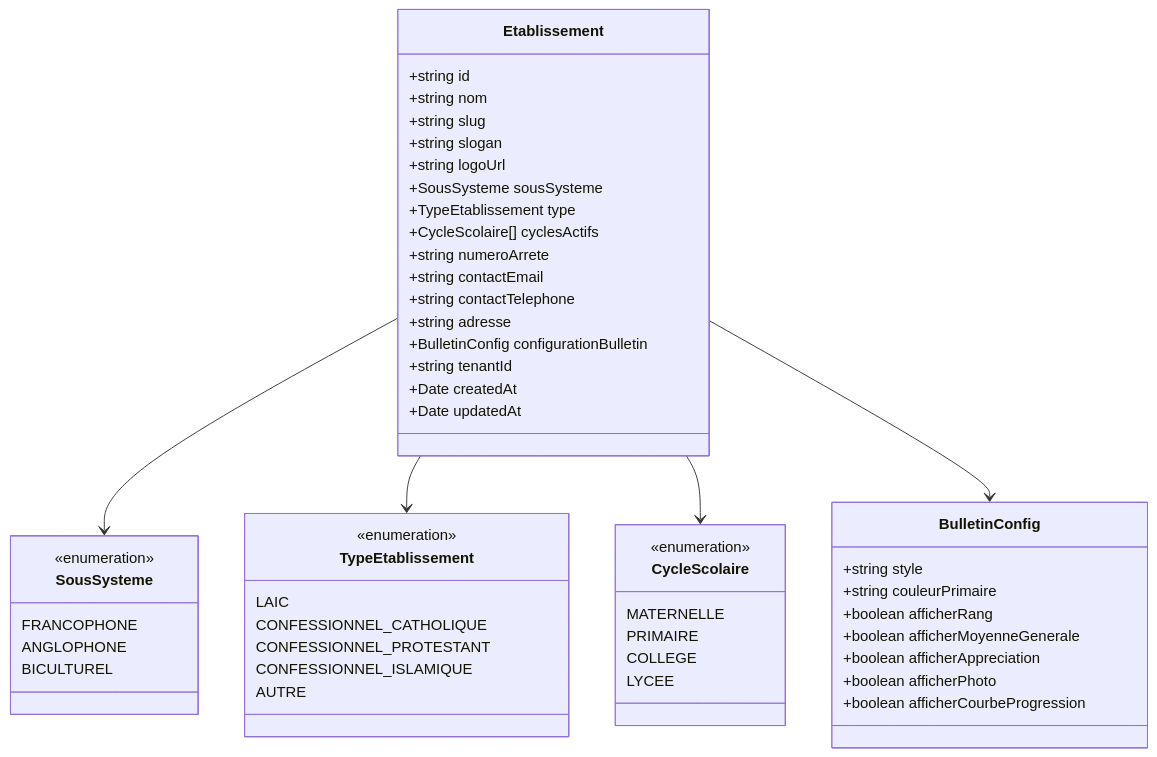
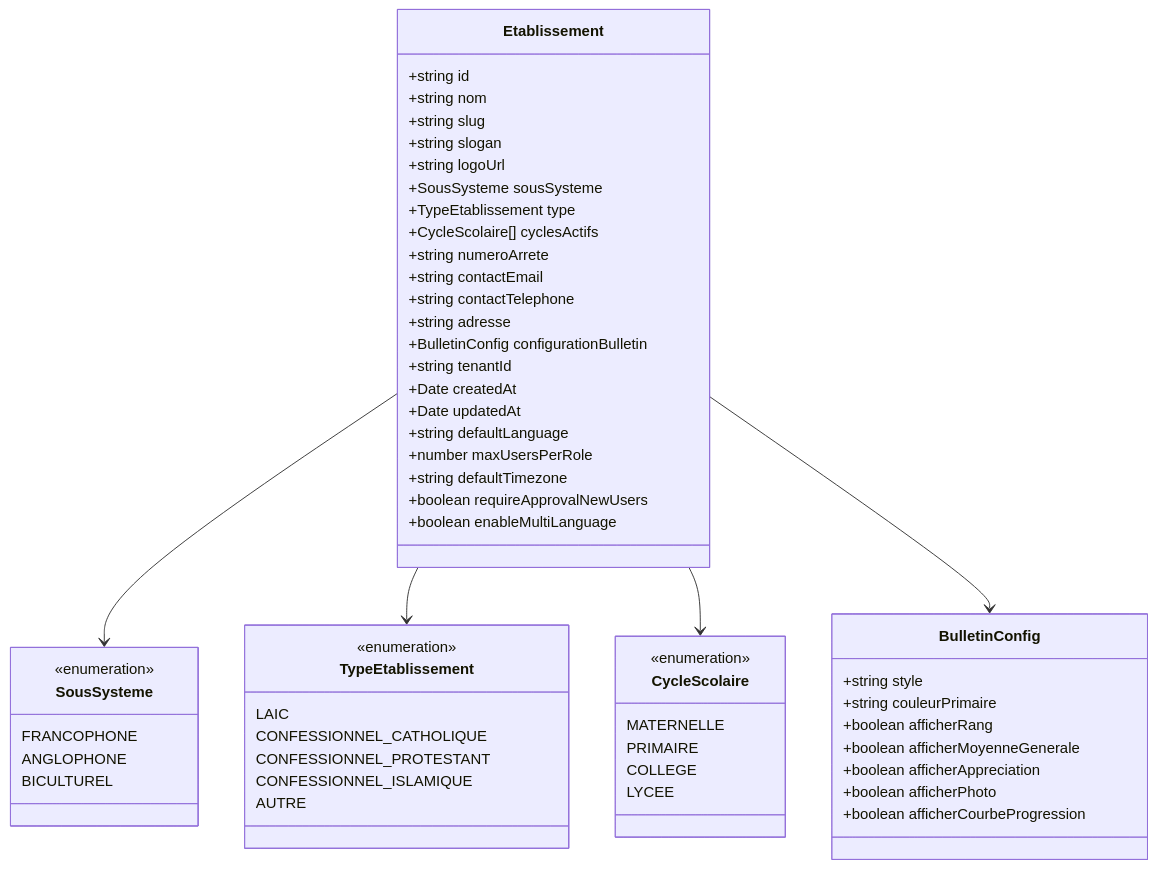
One commit to franckylab/eLISAschool changed the seventh of 19 diagrams in .qoder/repowiki/en/content/Modules & Features/Administrative Modules/Establishment Management.md. Above: the diagram before and after it, drawn with Mermaid. The commit also changed other lines of this file and 155 other files, not shown here.

````diff
--- a/.qoder/repowiki/en/content/Modules & Features/Administrative Modules/Establishment Management.md
+++ b/.qoder/repowiki/en/content/Modules & Features/Administrative Modules/Establishment Management.md
@@ -341,55 +470,60 @@
 ```mermaid
 classDiagram
 class Etablissement {
 +string id
 +string nom
 +string slug
 +string slogan
 +string logoUrl
 +SousSysteme sousSysteme
 +TypeEtablissement type
 +CycleScolaire[] cyclesActifs
 +string numeroArrete
 +string contactEmail
 +string contactTelephone
 +string adresse
 +BulletinConfig configurationBulletin
 +string tenantId
 +Date createdAt
 +Date updatedAt
++string defaultLanguage
++number maxUsersPerRole
++string defaultTimezone
++boolean requireApprovalNewUsers
++boolean enableMultiLanguage
 }
 class SousSysteme {
 <<enumeration>>
 FRANCOPHONE
 ANGLOPHONE
 BICULTUREL
 }
 class TypeEtablissement {
 <<enumeration>>
 LAIC
 CONFESSIONNEL_CATHOLIQUE
 CONFESSIONNEL_PROTESTANT
 CONFESSIONNEL_ISLAMIQUE
 AUTRE
 }
 class CycleScolaire {
 <<enumeration>>
 MATERNELLE
 PRIMAIRE
 COLLEGE
 LYCEE
 }
 class BulletinConfig {
 +string style
 +string couleurPrimaire
 +boolean afficherRang
 +boolean afficherMoyenneGenerale
 +boolean afficherAppreciation
 +boolean afficherPhoto
 +boolean afficherCourbeProgression
 }
 Etablissement --> SousSysteme
 Etablissement --> TypeEtablissement
 Etablissement --> CycleScolaire
 Etablissement --> BulletinConfig
 ```
````
